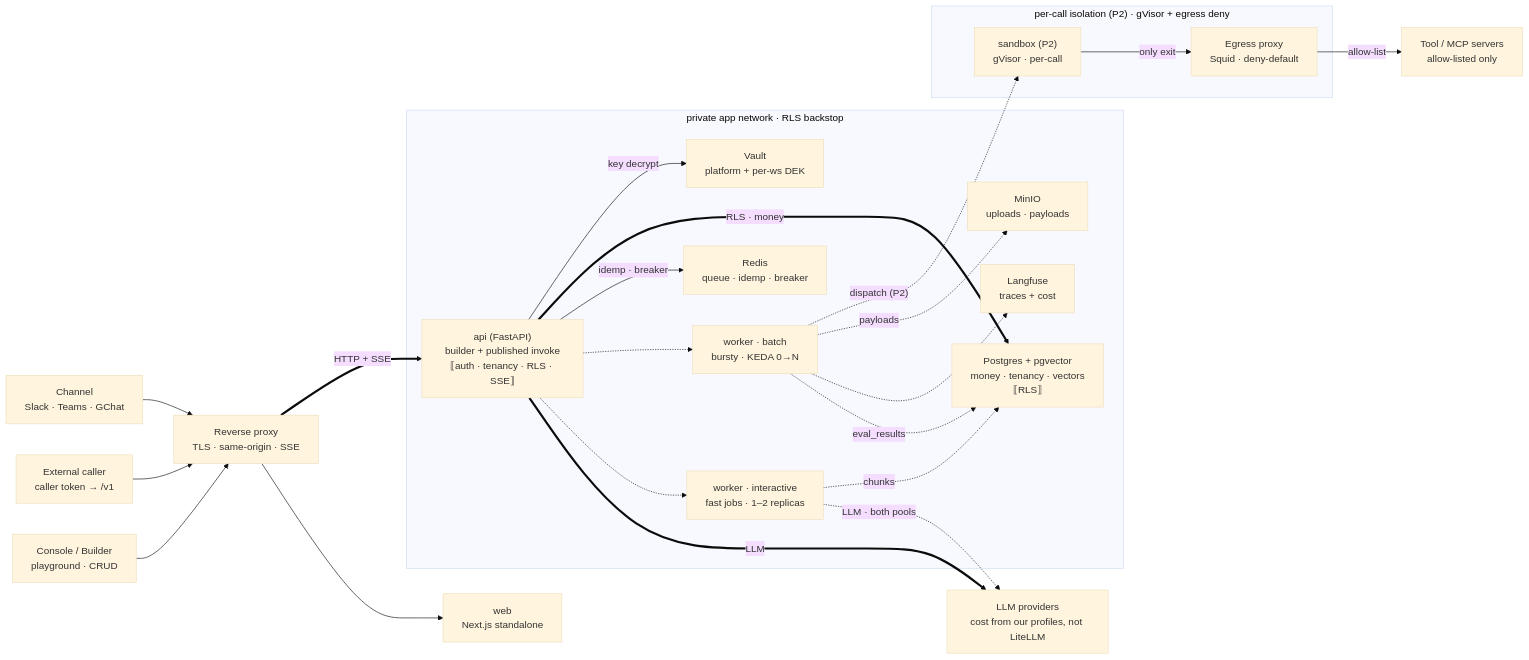
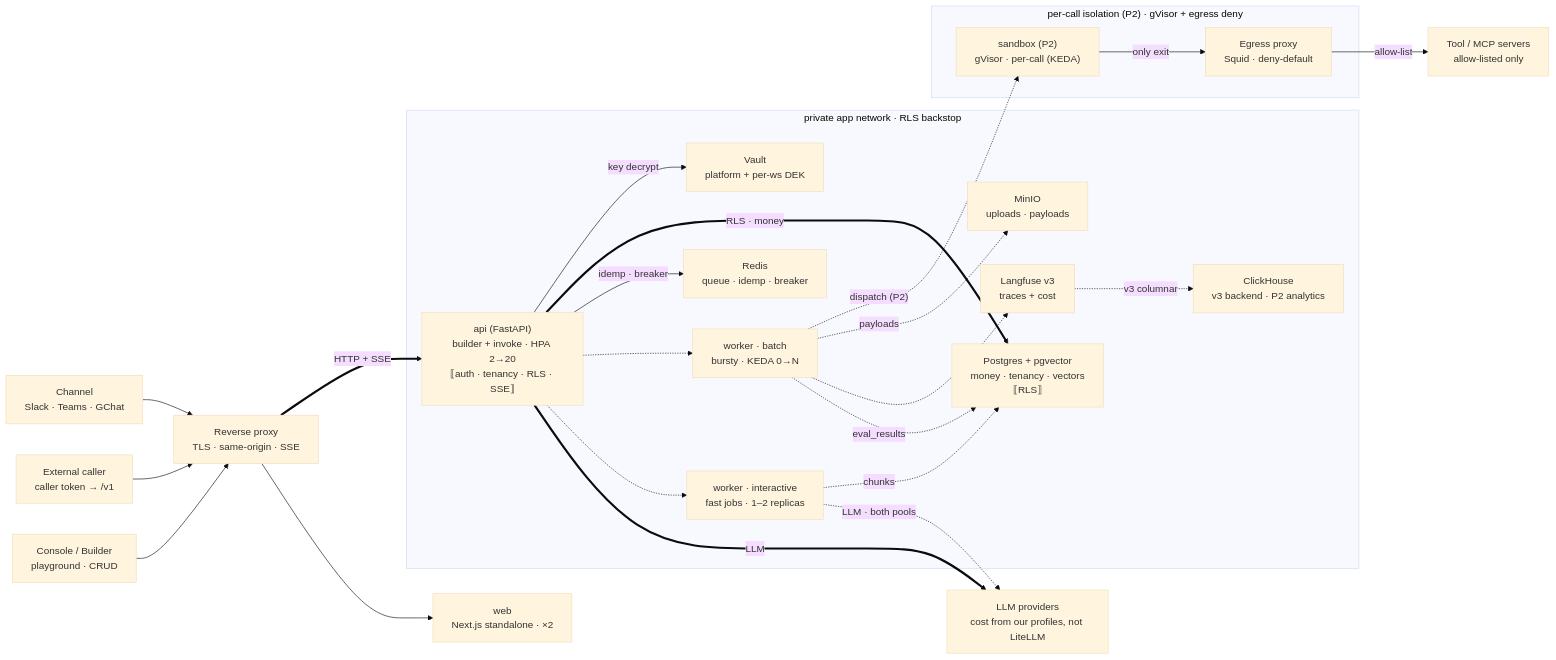
One commit to gargraman/agent-catalyst changed the second of 17 diagrams in docs/diagrams/backend-design/backend-design-diagrams.md. Above: the diagram before and after it, drawn with Mermaid (base theme). The commit also changed other lines of this file and 68 other files, not shown here.

````diff
--- a/docs/diagrams/backend-design/backend-design-diagrams.md
+++ b/docs/diagrams/backend-design/backend-design-diagrams.md
@@ -119,43 +119,45 @@
 ```mermaid
 flowchart LR
     subgraph g0["private app network · RLS backstop"]
-    api["api (FastAPI)<br/>builder + published invoke<br/>⟦auth · tenancy · RLS · SSE⟧"]
+    api["api (FastAPI)<br/>builder + invoke · HPA 2→20<br/>⟦auth · tenancy · RLS · SSE⟧"]
     worker_i["worker · interactive<br/>fast jobs · 1–2 replicas"]
     worker_b["worker · batch<br/>bursty · KEDA 0→N"]
     redis["Redis<br/>queue · idemp · breaker"]
     postgres["Postgres + pgvector<br/>money · tenancy · vectors<br/>⟦RLS⟧"]
     vault["Vault<br/>platform + per-ws DEK"]
-    langfuse["Langfuse<br/>traces + cost"]
+    langfuse["Langfuse v3<br/>traces + cost"]
     minio["MinIO<br/>uploads · payloads"]
+    clickhouse["ClickHouse<br/>v3 backend · P2 analytics"]
     end
     subgraph g1["per-call isolation (P2) · gVisor + egress deny"]
-    sandbox["sandbox (P2)<br/>gVisor · per-call"]
+    sandbox["sandbox (P2)<br/>gVisor · per-call (KEDA)"]
     egress["Egress proxy<br/>Squid · deny-default"]
     end
     console["Console / Builder<br/>playground · CRUD"]
     extcaller["External caller<br/>caller token → /v1"]
     channel["Channel<br/>Slack · Teams · GChat"]
-    web["web<br/>Next.js standalone"]
+    web["web<br/>Next.js standalone · ×2"]
     proxy["Reverse proxy<br/>TLS · same-origin · SSE"]
     providers["LLM providers<br/>cost from our profiles, not LiteLLM"]
     tool_apis["Tool / MCP servers<br/>allow-listed only"]
     console --> proxy
     extcaller --> proxy
     channel --> proxy
     proxy --> web
     proxy ==>|"HTTP + SSE"| api
     api ==>|"LLM"| providers
     worker_i -.->|"LLM · both pools"| providers
     api -.-> worker_i
     api -.-> worker_b
     api -->|"idemp · breaker"| redis
     api ==>|"RLS · money"| postgres
     api -->|"key decrypt"| vault
     worker_i -.->|"chunks"| postgres
     worker_b -.->|"eval_results"| postgres
     worker_b -.-> langfuse
+    langfuse -.->|"v3 columnar"| clickhouse
     worker_b -.->|"payloads"| minio
     worker_b -.->|"dispatch (P2)"| sandbox
     sandbox -->|"only exit"| egress
     egress -->|"allow-list"| tool_apis
 ```
````
